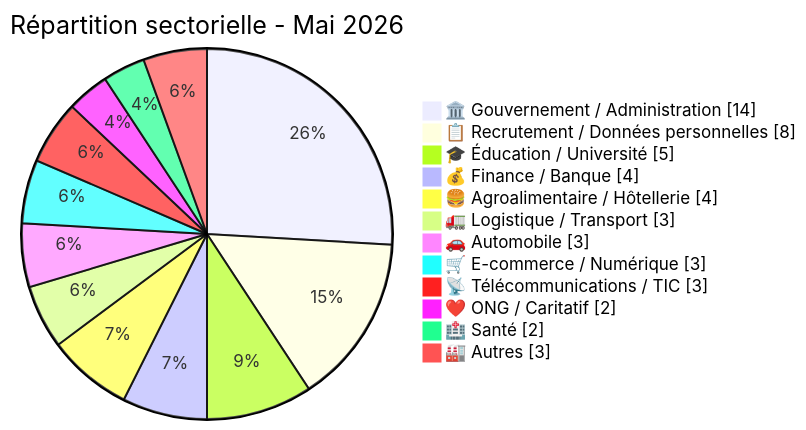
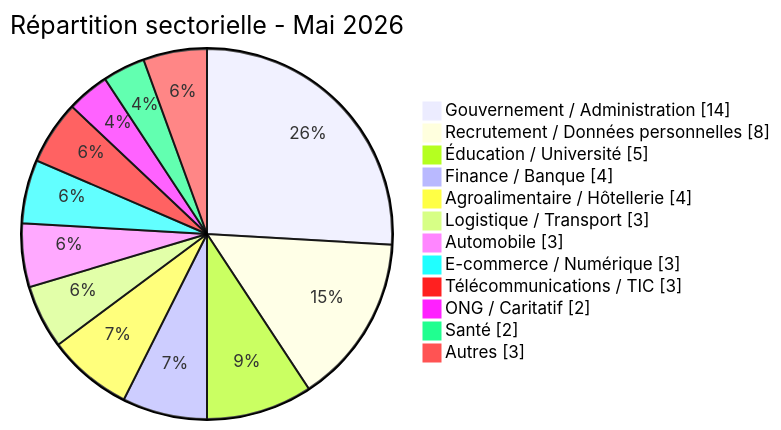
One commit to Hatchepsoute/AFRINTEL changed the third of 4 diagrams in CyberAttackAfrica/2026/05-may/README_FR.md. Above: the diagram before and after it, drawn with Mermaid. The commit also changed other lines of this file and 11 other files, not shown here.

First line of the commit message:
fix: remove all emojis from Mermaid labels in Jan-Jun 2026 reports

````diff
--- a/CyberAttackAfrica/2026/05-may/README_FR.md
+++ b/CyberAttackAfrica/2026/05-may/README_FR.md
@@ -178,16 +178,16 @@
 ```mermaid
 pie showData
-    title Répartition sectorielle - Mai 2026
-    "🏛️ Gouvernement / Administration" : 14
-    "📋 Recrutement / Données personnelles" : 8
-    "🎓 Éducation / Université" : 5
-    "💰 Finance / Banque" : 4
-    "🍔 Agroalimentaire / Hôtellerie" : 4
-    "🚛 Logistique / Transport" : 3
-    "🚗 Automobile" : 3
-    "🛒 E-commerce / Numérique" : 3
-    "📡 Télécommunications / TIC" : 3
-    "❤️ ONG / Caritatif" : 2
-    "🏥 Santé" : 2
-    "🏭 Autres" : 3
+ title Répartition sectorielle - Mai 2026
+ "Gouvernement / Administration" : 14
+ "Recrutement / Données personnelles" : 8
+ "Éducation / Université" : 5
+ "Finance / Banque" : 4
+ "Agroalimentaire / Hôtellerie" : 4
+ "Logistique / Transport" : 3
+ "Automobile" : 3
+ "E-commerce / Numérique" : 3
+ "Télécommunications / TIC" : 3
+ "ONG / Caritatif" : 2
+ "Santé" : 2
+ "Autres" : 3
 ```
````
